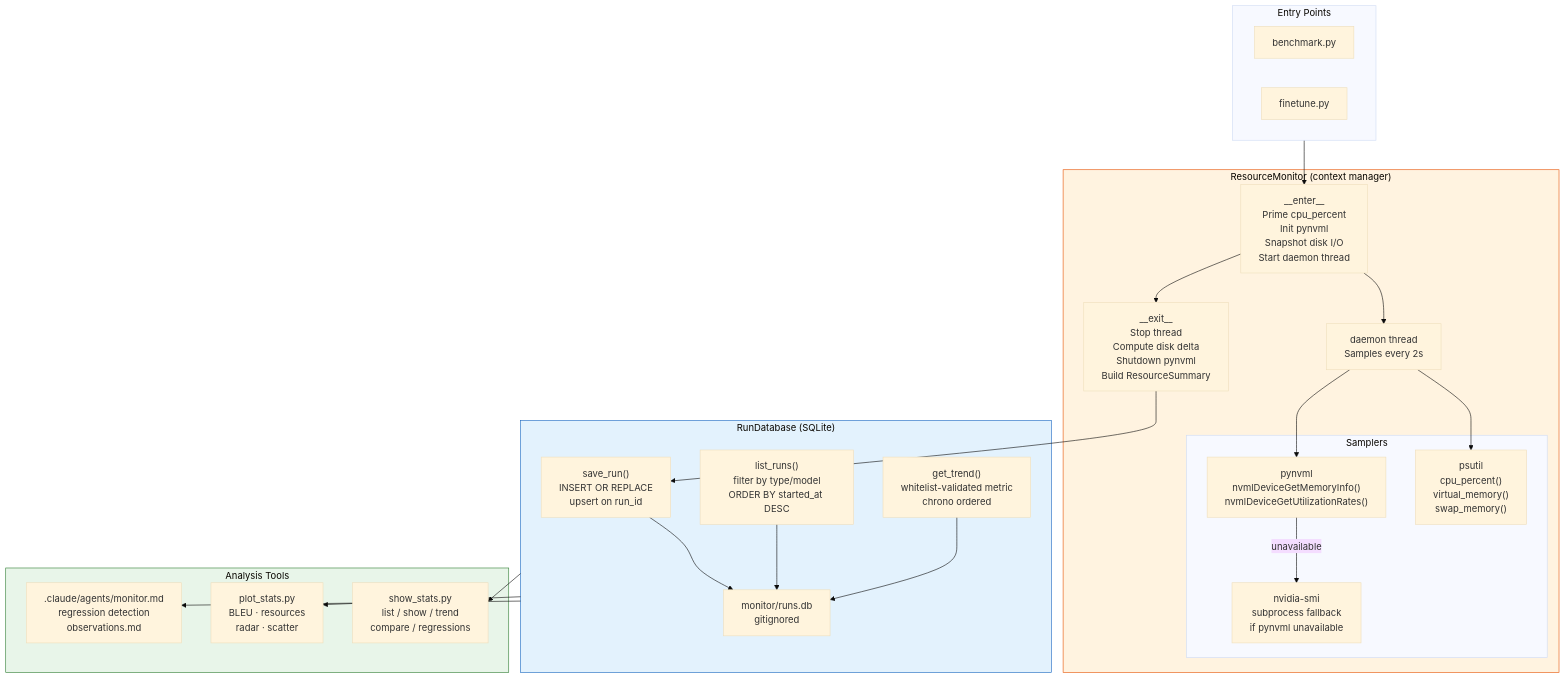
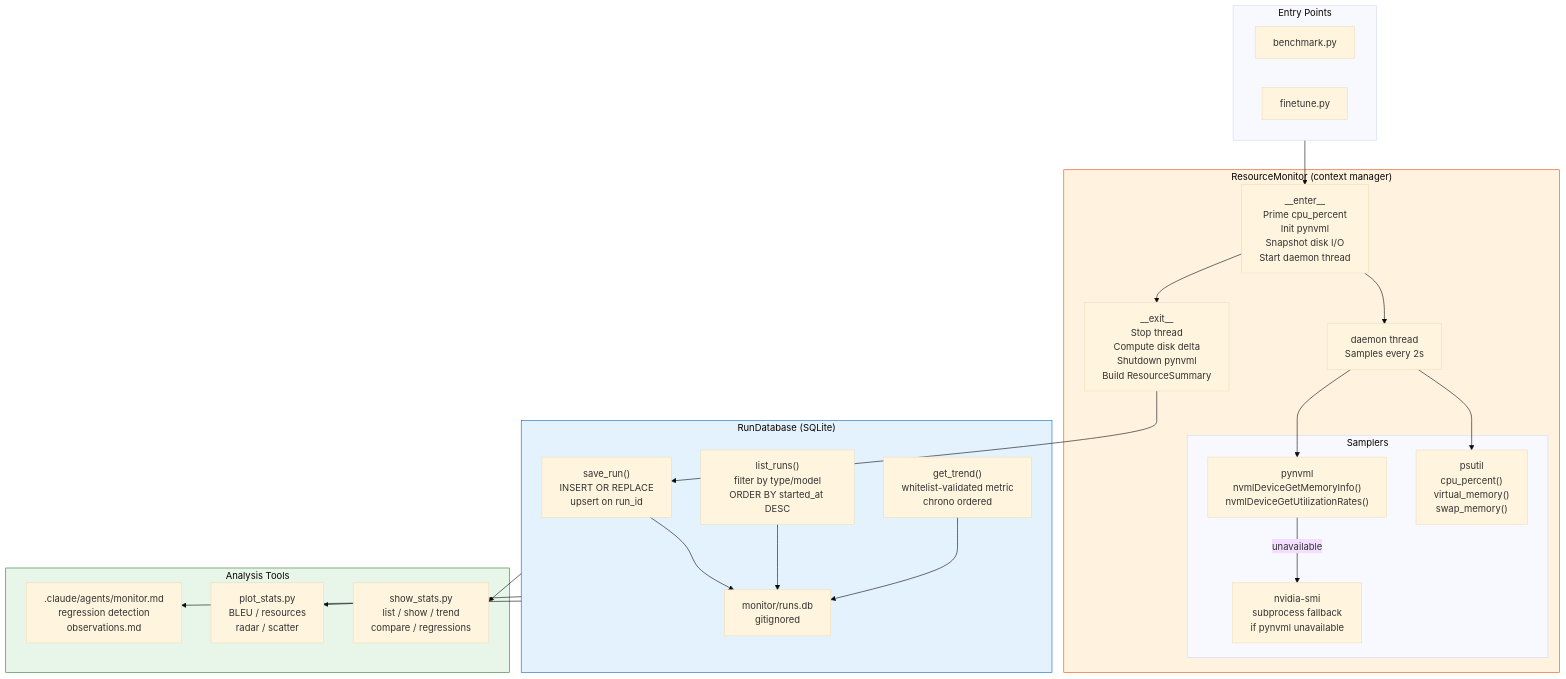
One commit to souradeepta/translate changed the diagram in docs/MONITORING.md. Above: the diagram before and after it, drawn with Mermaid (base theme). The commit also changed other lines of this file and 1 other file, not shown here.

````diff
--- a/docs/MONITORING.md
+++ b/docs/MONITORING.md
@@ -9,50 +9,50 @@
 ```mermaid
 flowchart TD
     subgraph Scripts["Entry Points"]
         A["benchmark.py"]
         B["finetune.py"]
     end
 
     subgraph Monitor["ResourceMonitor (context manager)"]
         C["__enter__\nPrime cpu_percent\nInit pynvml\nSnapshot disk I/O\nStart daemon thread"]
         D["daemon thread\nSamples every 2s"]
         E["__exit__\nStop thread\nCompute disk delta\nShutdown pynvml\nBuild ResourceSummary"]
 
         subgraph Samplers["Samplers"]
             F["psutil\ncpu_percent()\nvirtual_memory()\nswap_memory()"]
             G["pynvml\nnvmlDeviceGetMemoryInfo()\nnvmlDeviceGetUtilizationRates()"]
             H["nvidia-smi\nsubprocess fallback\nif pynvml unavailable"]
         end
         D --> F
         D --> G
         G -- "unavailable" --> H
     end
 
     subgraph Storage["RunDatabase (SQLite)"]
         I["save_run()\nINSERT OR REPLACE\nupsert on run_id"]
         J["list_runs()\nfilter by type/model\nORDER BY started_at DESC"]
         K["get_trend()\nwhitelist-validated metric\nchrono ordered"]
         L["monitor/runs.db\ngitignored"]
         I --> L
         J --> L
         K --> L
     end
 
     subgraph Analysis["Analysis Tools"]
         M["show_stats.py\nlist / show / trend\ncompare / regressions"]
-        N["plot_stats.py\nBLEU · resources\nradar · scatter"]
+        N["plot_stats.py\nBLEU / resources\nradar / scatter"]
         O[".claude/agents/monitor.md\nregression detection\nobservations.md"]
     end
 
     Scripts --> C
     C --> D
     C --> E
     E --> I
     Storage --> M
     Storage --> N
     Storage --> O
 
     style Monitor fill:#fff3e0,stroke:#e65100
     style Storage fill:#e3f2fd,stroke:#1565c0
     style Analysis fill:#e8f5e9,stroke:#2e7d32
 ```
````
